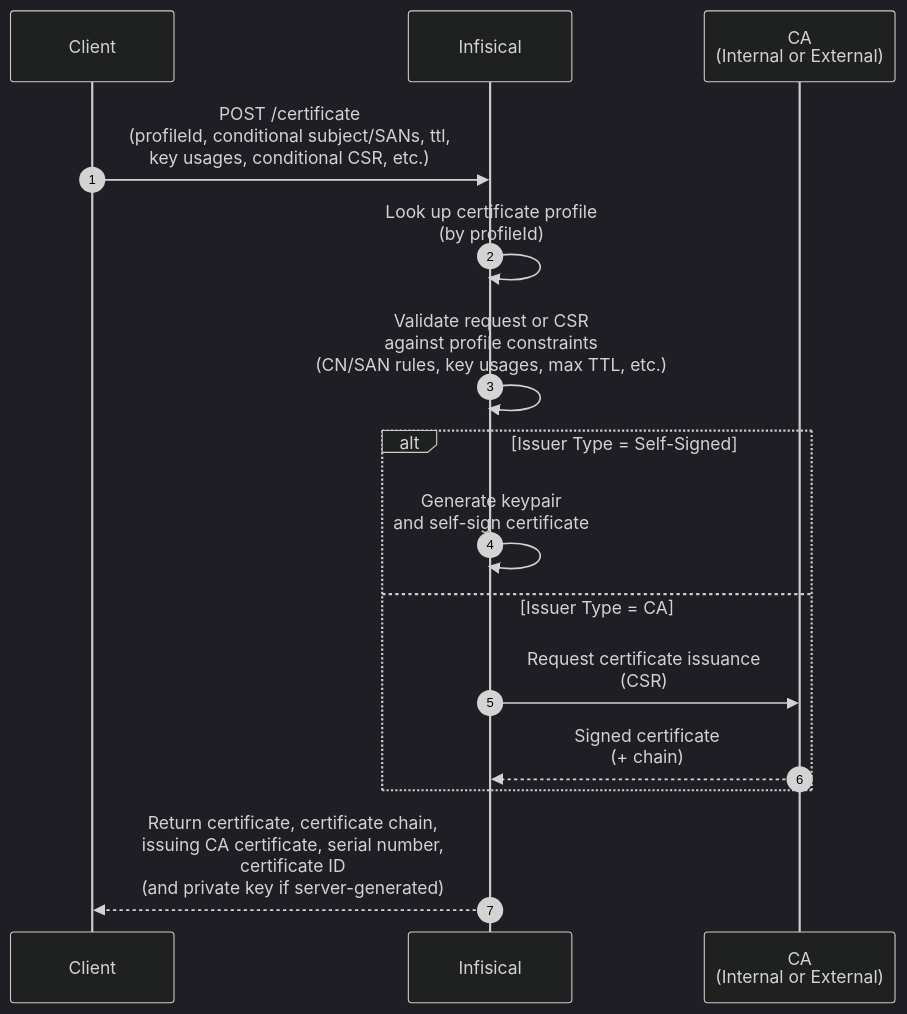
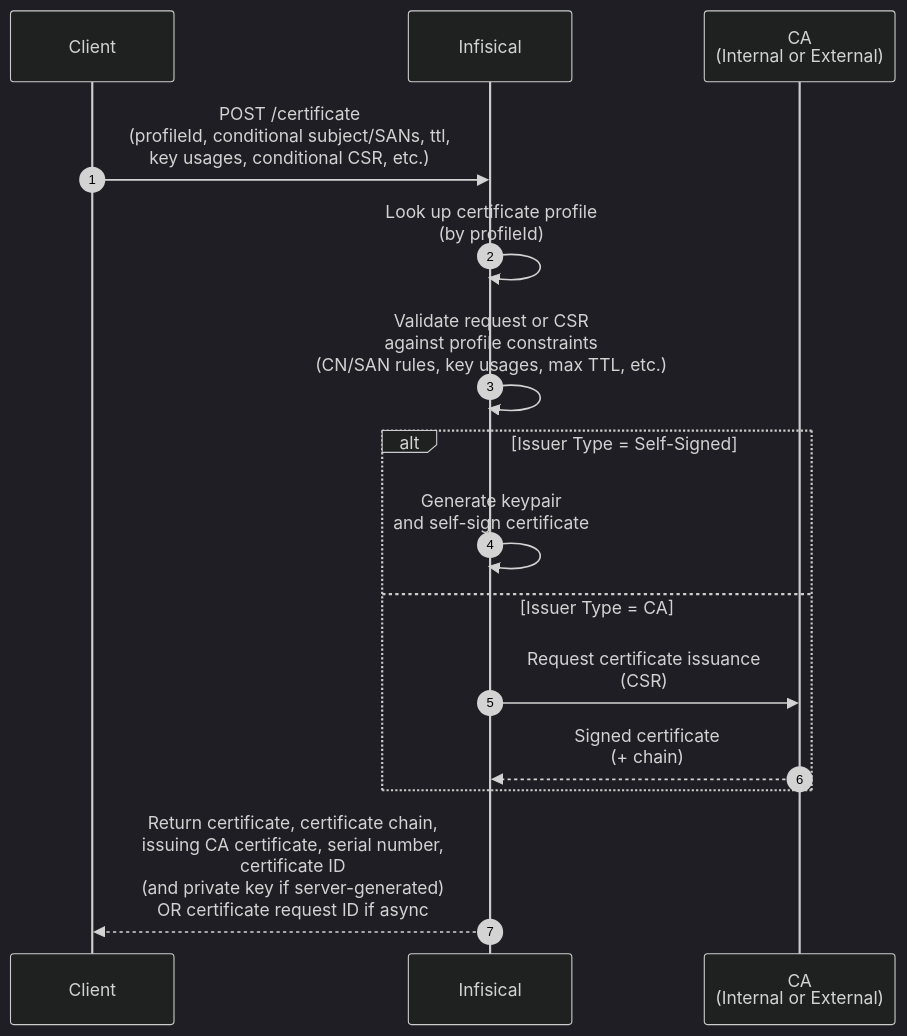
The diagram in docs/documentation/platform/pki/guides/request-cert-api.mdx (Infisical/infisical), drawn with Mermaid (dark theme) before and after one commit. The commit also changed 2 other files, not shown here.

````diff
--- a/docs/documentation/platform/pki/guides/request-cert-api.mdx
+++ b/docs/documentation/platform/pki/guides/request-cert-api.mdx
@@ -16,21 +16,21 @@
 ```mermaid
 sequenceDiagram
   autonumber
   participant Client as Client
   participant Infis as Infisical
   participant CA as CA<br/>(Internal or External)
 
   Client->>Infis: POST /certificate<br/>(profileId, conditional subject/SANs, ttl,<br/>key usages, conditional CSR, etc.)
 
   Infis->>Infis: Look up certificate profile<br/>(by profileId)
   Infis->>Infis: Validate request or CSR<br/>against profile constraints<br/>(CN/SAN rules, key usages, max TTL, etc.)
 
   alt Issuer Type = Self-Signed
     Infis->>Infis: Generate keypair<br/>and self-sign certificate
   else Issuer Type = CA
     Infis->>CA: Request certificate issuance<br/>(CSR)
     CA-->>Infis: Signed certificate<br/>(+ chain)
   end
 
-  Infis-->>Client: Return certificate, certificate chain,<br/>issuing CA certificate, serial number,<br/>certificate ID<br/>(and private key if server-generated)
+  Infis-->>Client: Return certificate, certificate chain,<br/>issuing CA certificate, serial number,<br/>certificate ID<br/>(and private key if server-generated)<br /> OR certificate request ID if async
 ```
````
